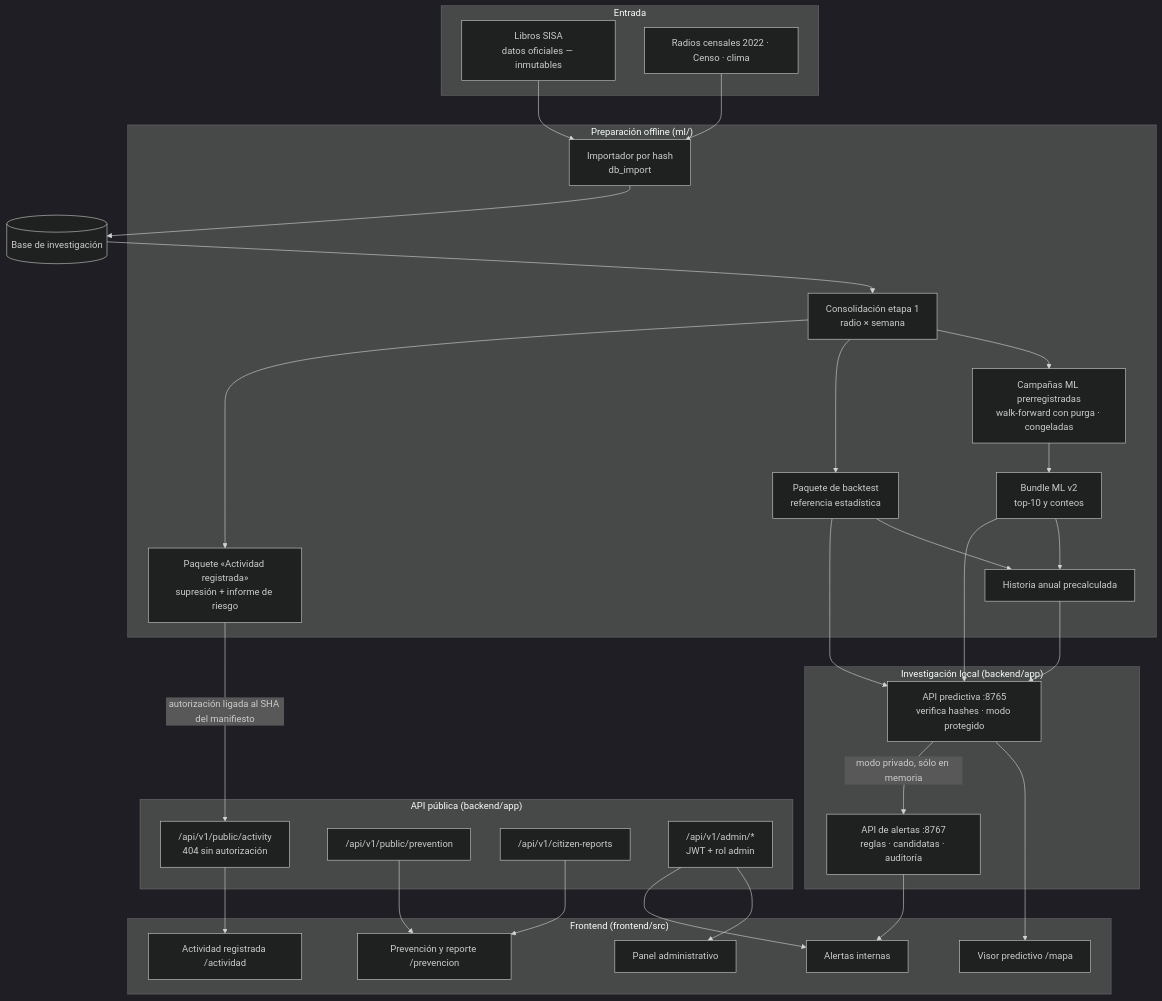
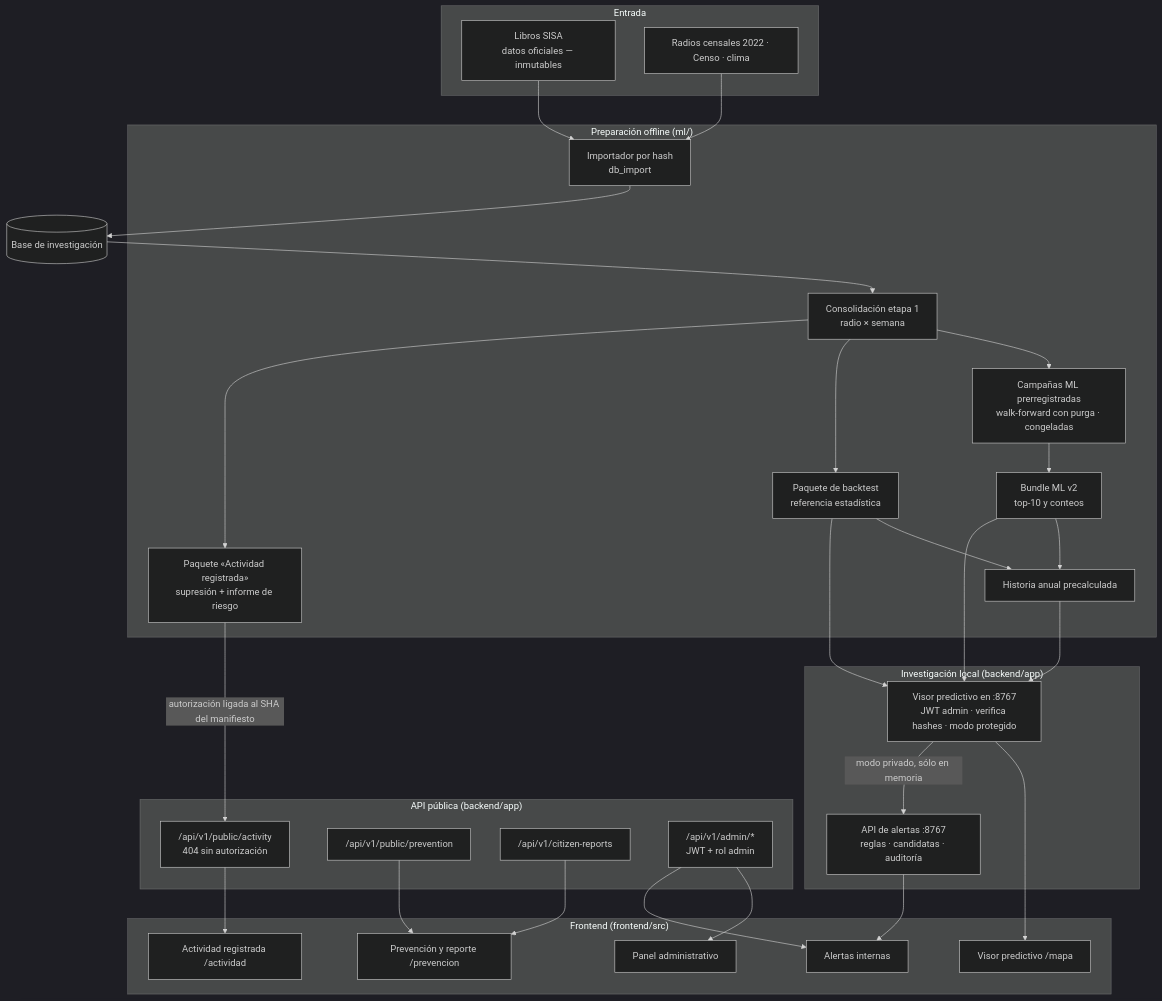
One commit to JuanCruzMolina/SIGARD changed the second of 2 diagrams in docs/tecnica/arquitectura.md. Above: the diagram before and after it, drawn with Mermaid (dark theme). The commit also changed other lines of this file and 9 other files, not shown here.

First line of the commit message:
docs: decisión F2 (visor autenticado en la API administrativa local)

````diff
--- a/docs/tecnica/arquitectura.md
+++ b/docs/tecnica/arquitectura.md
@@ -62,52 +62,52 @@
 ```mermaid
 flowchart TB
     subgraph Entrada
         sisa["Libros SISA<br/>datos oficiales — inmutables"]
         censo["Radios censales 2022 · Censo · clima"]
     end
     subgraph "Preparación offline (ml/)"
         imp[Importador por hash<br/>db_import]
         cons[Consolidación etapa 1<br/>radio × semana]
         camp[Campañas ML prerregistradas<br/>walk-forward con purga · congeladas]
         bt[Paquete de backtest<br/>referencia estadística]
         ml2[Bundle ML v2<br/>top-10 y conteos]
         hist[Historia anual precalculada]
         act[Paquete «Actividad registrada»<br/>supresión + informe de riesgo]
     end
     subgraph "Investigación local (backend/app)"
-        rapi[API predictiva :8765<br/>verifica hashes · modo protegido]
+        rapi[Visor predictivo en :8767<br/>JWT admin · verifica hashes · modo protegido]
         aapi[API de alertas :8767<br/>reglas · candidatas · auditoría]
     end
     subgraph "API pública (backend/app)"
         pact["/api/v1/public/activity<br/>404 sin autorización"]
         prev["/api/v1/public/prevention"]
         rep["/api/v1/citizen-reports"]
         adm["/api/v1/admin/*<br/>JWT + rol admin"]
     end
     subgraph "Frontend (frontend/src)"
         visor["Visor predictivo /mapa"]
         alertas[Alertas internas]
         actividad["Actividad registrada /actividad"]
         prevencion["Prevención y reporte /prevencion"]
         panel[Panel administrativo]
     end
 
     sisa --> imp --> dbinv[(Base de investigación)]
     censo --> imp
     dbinv --> cons --> camp
     cons --> bt
     camp --> ml2
     bt --> hist
     ml2 --> hist
     cons --> act
     bt --> rapi
     ml2 --> rapi
     hist --> rapi
     rapi --> visor
     rapi -- modo privado, sólo en memoria --> aapi --> alertas
     act -- autorización ligada al SHA del manifiesto --> pact --> actividad
     prev --> prevencion
     rep --> prevencion
     adm --> panel
     adm --> alertas
 ```
````
